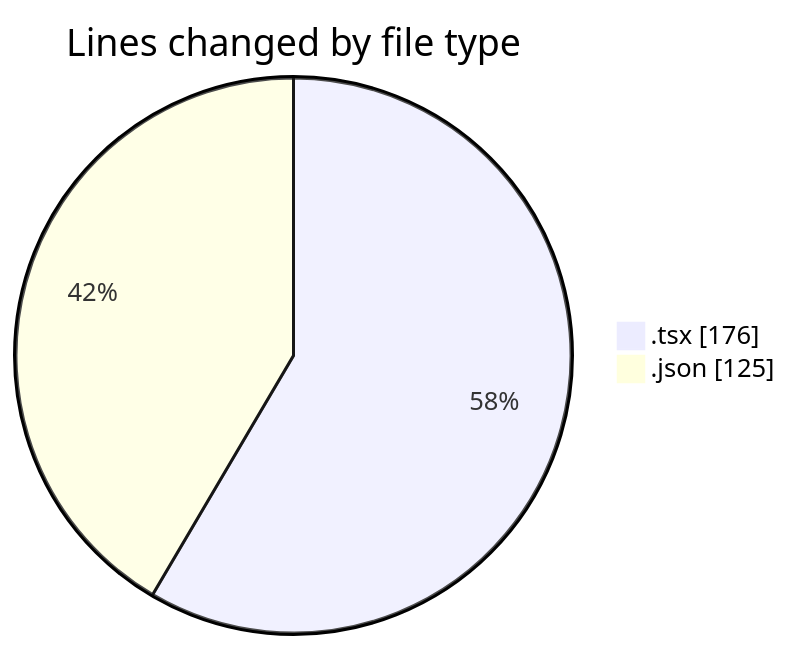
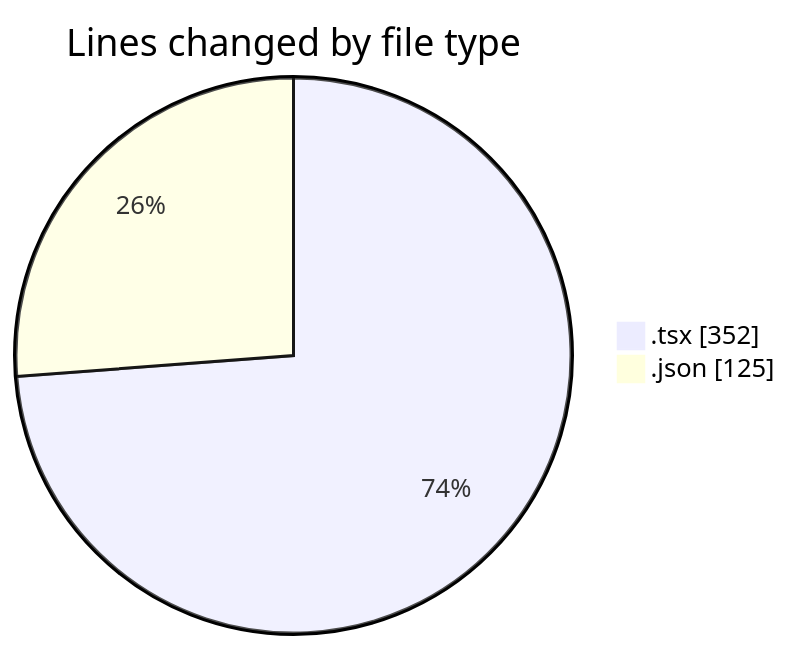
The first of 2 diagrams in 2025-11-21/eventscop-frontend-guide__workspace_/README.md (julien-gomy/code-tracking), drawn with Mermaid before and after one commit. The commit also changed other lines of this file and 1 other file, not shown here.

````diff
--- a/2025-11-21/eventscop-frontend-guide__workspace_/README.md
+++ b/2025-11-21/eventscop-frontend-guide__workspace_/README.md
@@ -22,6 +27,6 @@
 ```mermaid
 pie showData
 title Lines changed by file type
-".tsx" : 176
+".tsx" : 352
 ".json" : 125
 ```
````
